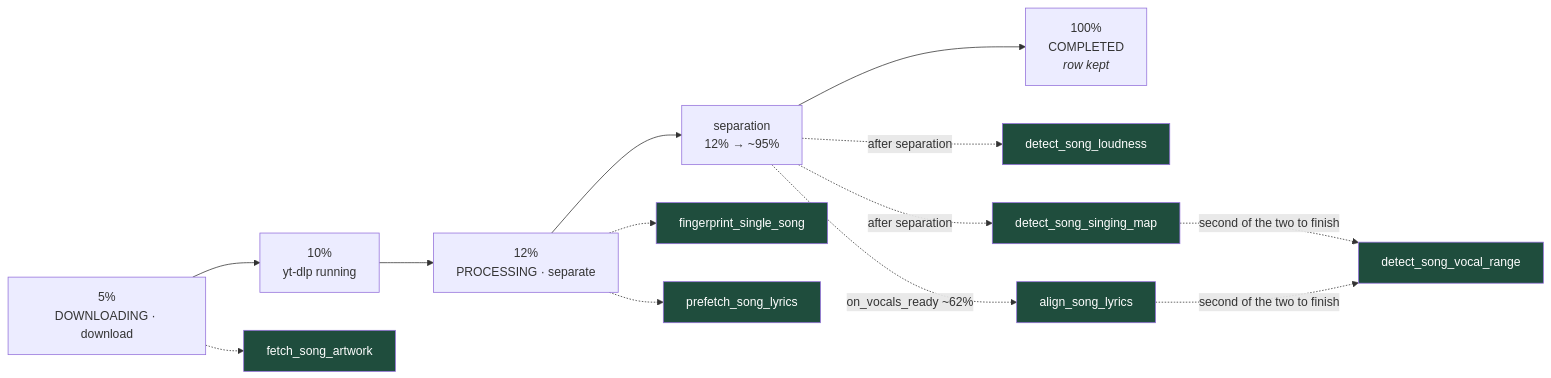
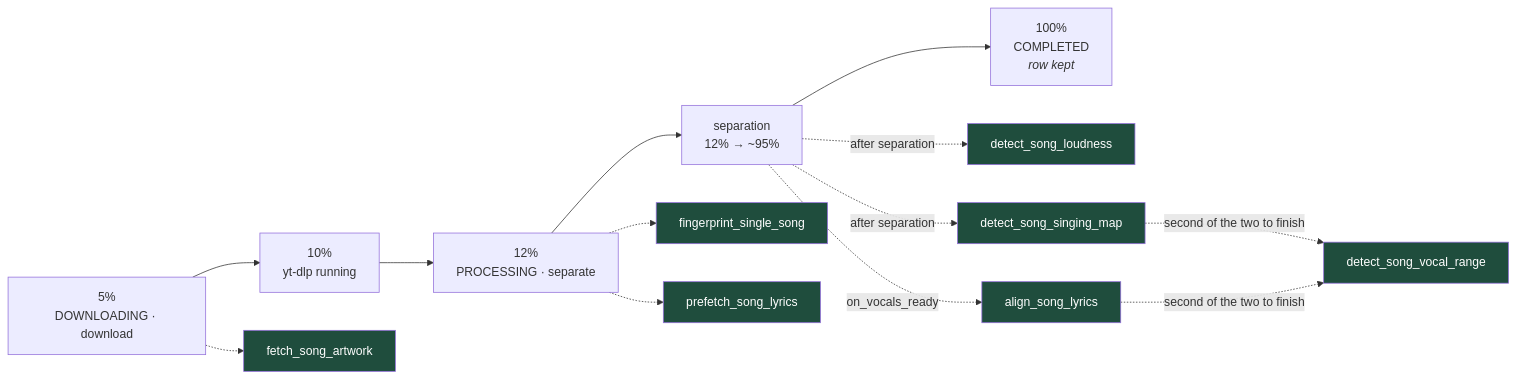
Before and after one commit to spencerfrost/open-karaoke-studio: the fourth of 6 diagrams in docs/domains/ingestion-pipeline.md, drawn with Mermaid. The commit also changed other lines of this file and 6 other files, not shown here.

````diff
--- a/docs/domains/ingestion-pipeline.md
+++ b/docs/domains/ingestion-pipeline.md
@@ -391,24 +391,24 @@
 ```mermaid
 flowchart LR
     A["5%<br/>DOWNLOADING · download"] --> B["10%<br/>yt-dlp running"]
     B --> C["12%<br/>PROCESSING · separate"]
     C --> D["separation<br/>12% → ~95%"]
     D --> E["100%<br/>COMPLETED<br/><i>row kept</i>"]
 
     A -.-> A1["fetch_song_artwork"]
     C -.-> C1["fingerprint_single_song"]
     C -.-> C3["prefetch_song_lyrics"]
     D -.->|after separation| D3["detect_song_loudness"]
     D -.->|after separation| D4["detect_song_singing_map"]
-    D -.->|on_vocals_ready ~62%| D2["align_song_lyrics"]
+    D -.->|on_vocals_ready| D2["align_song_lyrics"]
     D4 -.->|second of the two to finish| D1["detect_song_vocal_range"]
     D2 -.->|second of the two to finish| D1
 
     style A1 fill:#1f4d3d,color:#fff
     style C1 fill:#1f4d3d,color:#fff
     style C3 fill:#1f4d3d,color:#fff
     style D1 fill:#1f4d3d,color:#fff
     style D2 fill:#1f4d3d,color:#fff
     style D3 fill:#1f4d3d,color:#fff
     style D4 fill:#1f4d3d,color:#fff
 ```
````
